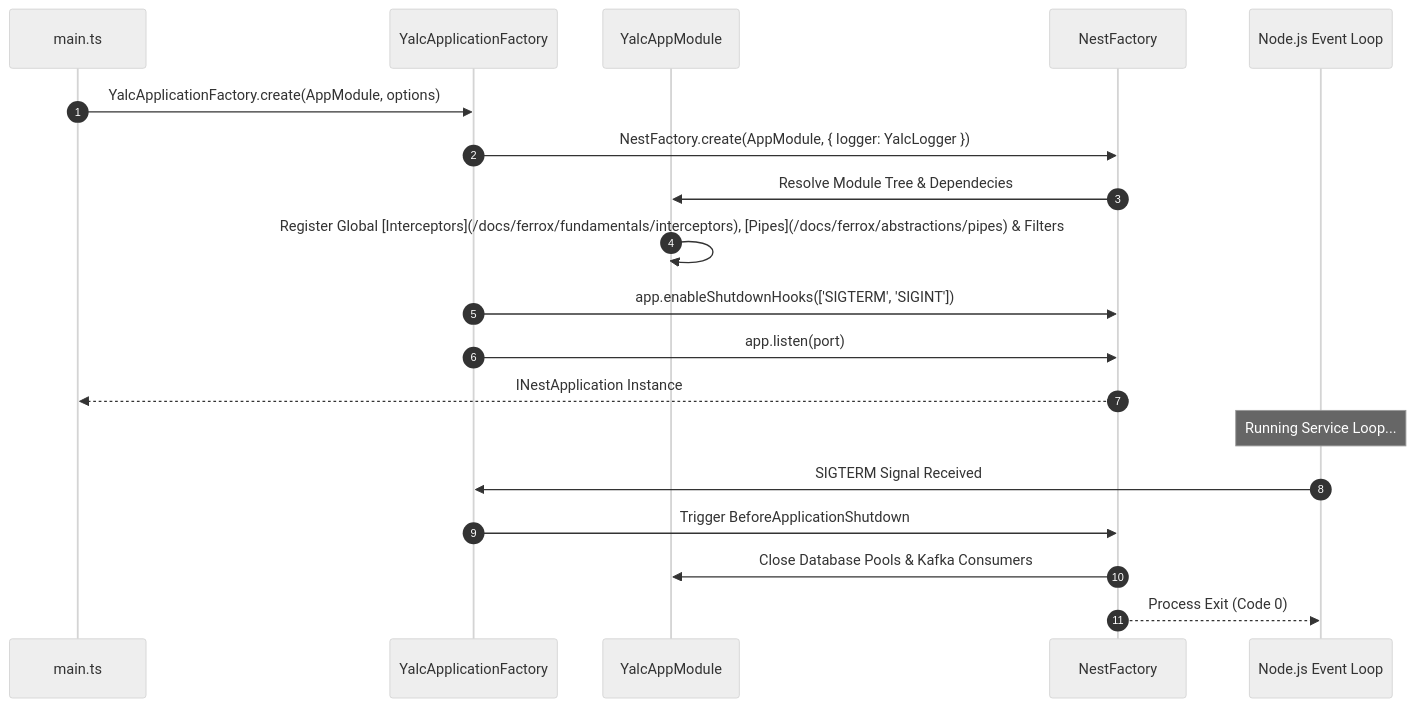
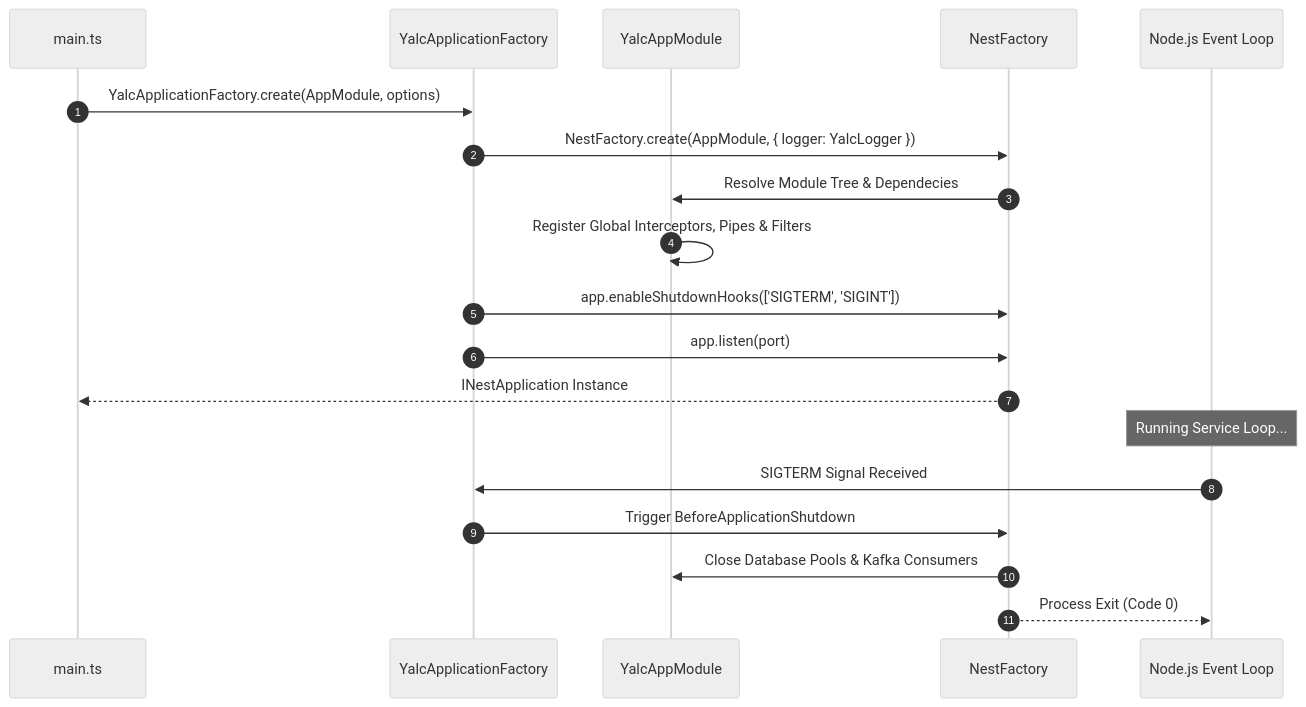
The diagram in docs/nestjs-yalc/fundamentals/app.md (AI-Autistic-Intelligence/ferrox-docs), drawn with Mermaid (neutral theme) before and after one commit. The commit also changed other lines of this file and 770 other files, not shown here.

````diff
--- a/docs/nestjs-yalc/fundamentals/app.md
+++ b/docs/nestjs-yalc/fundamentals/app.md
@@ -51,22 +51,22 @@
 ```mermaid
 sequenceDiagram
     autonumber
     participant Main as main.ts
     participant Factory as YalcApplicationFactory
     participant App as YalcAppModule
     participant Nest as NestFactory
     participant Engine as Node.js Event Loop
 
     Main->>Factory: YalcApplicationFactory.create(AppModule, options)
     Factory->>Nest: NestFactory.create(AppModule, { logger: YalcLogger })
     Nest->>App: Resolve Module Tree & Dependecies
-    App->>App: Register Global [Interceptors](/docs/ferrox/fundamentals/interceptors), [Pipes](/docs/ferrox/abstractions/pipes) & Filters
+    App->>App: Register Global Interceptors, Pipes & Filters
     Factory->>Nest: app.enableShutdownHooks(['SIGTERM', 'SIGINT'])
     Factory->>Nest: app.listen(port)
     Nest-->>Main: INestApplication Instance
     Note over Engine: Running Service Loop...
     Engine->>Factory: SIGTERM Signal Received
     Factory->>Nest: Trigger BeforeApplicationShutdown
     Nest->>App: Close Database Pools & Kafka Consumers
     Nest-->>Engine: Process Exit (Code 0)
 ```
````
